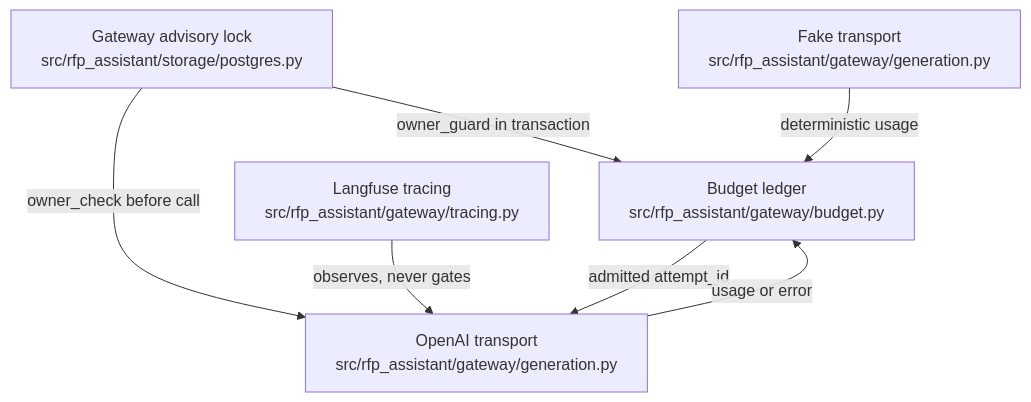
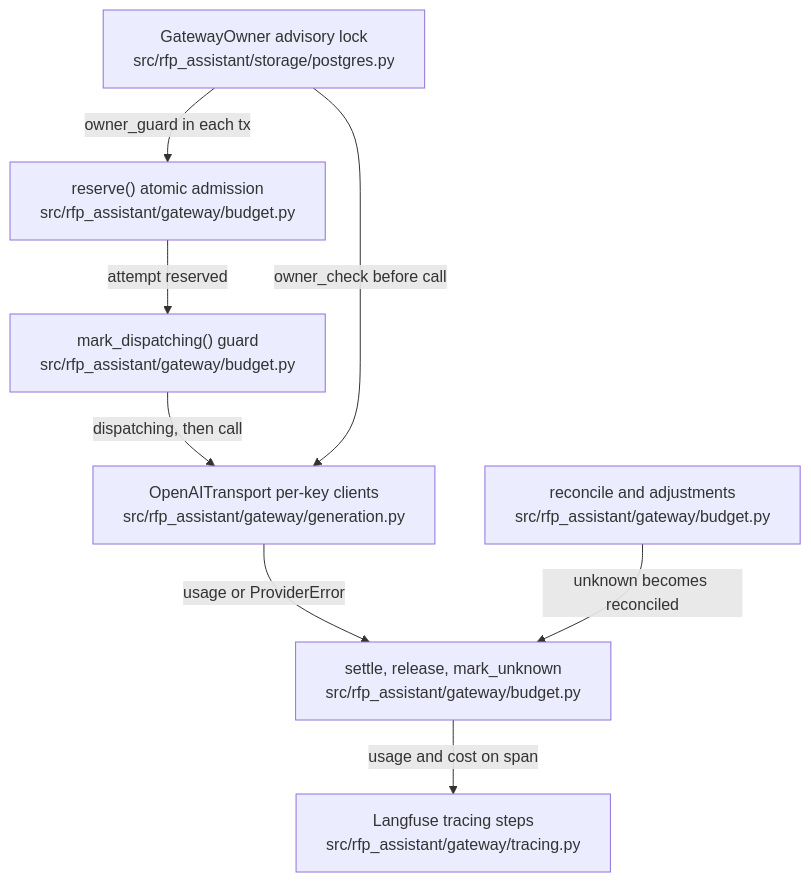
Before and after one commit to littleeeeebit/project-codeit-mid: the diagram in .omm/overall-architecture/paid-gateway/diagram.mmd, drawn with Mermaid. The commit also changed 402 other files, not shown here.

```diff
--- a/.omm/overall-architecture/paid-gateway/diagram.mmd
+++ b/.omm/overall-architecture/paid-gateway/diagram.mmd
@@ -1,7 +1,15 @@
 graph TD
-  budget-ledger["Budget ledger\nsrc/rfp_assistant/gateway/budget.py"] -->|"admitted attempt_id"| openai-transport["OpenAI transport\nsrc/rfp_assistant/gateway/generation.py"]
-  gateway-owner["Gateway advisory lock\nsrc/rfp_assistant/storage/postgres.py"] -->|"owner_check before call"| openai-transport
-  gateway-owner -->|"owner_guard in transaction"| budget-ledger
-  openai-transport -->|"usage or error"| budget-ledger
-  fake-transport["Fake transport\nsrc/rfp_assistant/gateway/generation.py"] -->|"deterministic usage"| budget-ledger
-  langfuse-tracing["Langfuse tracing\nsrc/rfp_assistant/gateway/tracing.py"] -->|"observes, never gates"| openai-transport
+  reserve-admission["reserve() atomic admission\nsrc/rfp_assistant/gateway/budget.py"]
+  dispatch-marker["mark_dispatching() guard\nsrc/rfp_assistant/gateway/budget.py"]
+  gateway-owner["GatewayOwner advisory lock\nsrc/rfp_assistant/storage/postgres.py"]
+  openai-transport["OpenAITransport per-key clients\nsrc/rfp_assistant/gateway/generation.py"]
+  settlement["settle, release, mark_unknown\nsrc/rfp_assistant/gateway/budget.py"]
+  owner-reconcile["reconcile and adjustments\nsrc/rfp_assistant/gateway/budget.py"]
+  langfuse-tracing["Langfuse tracing steps\nsrc/rfp_assistant/gateway/tracing.py"]
+  gateway-owner -->|"owner_guard in each tx"| reserve-admission
+  reserve-admission -->|"attempt reserved"| dispatch-marker
+  dispatch-marker -->|"dispatching, then call"| openai-transport
+  gateway-owner -->|"owner_check before call"| openai-transport
+  openai-transport -->|"usage or ProviderError"| settlement
+  owner-reconcile -->|"unknown becomes reconciled"| settlement
+  settlement -->|"usage and cost on span"| langfuse-tracing
```
